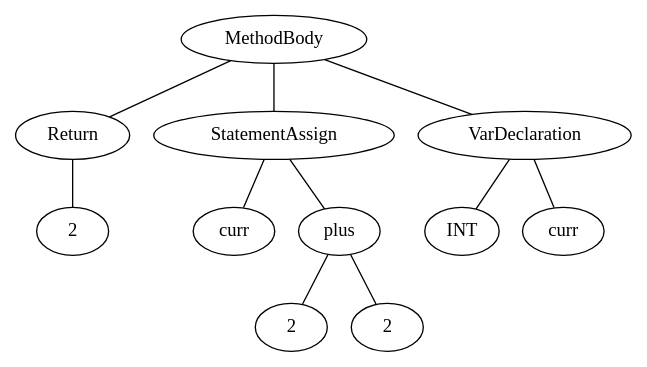
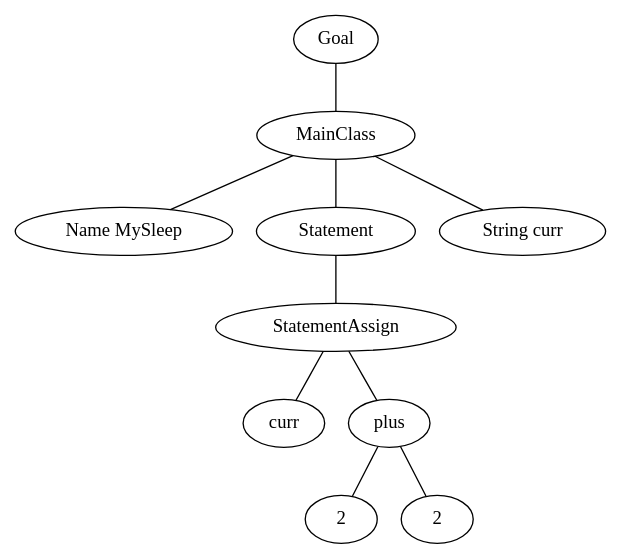
One commit to celidos/JavaCompiler changed the diagram in output/graphviz_output.dot. Above: the diagram before and after it, drawn with Graphviz. The commit also changed 14 other files, not shown here.

```diff
--- a/output/graphviz_output.dot
+++ b/output/graphviz_output.dot
@@ -1,23 +1,21 @@
 graph my_graph {
-s2_9253472	[ label = 2];
-s2_9253536	[ label = 2];
-s2_9253808	[ label = 2];
-sINT_9253328	[ label = INT];
-sMethodBody_9253872	[ label = MethodBody];
-sReturn_9253872	[ label = Return];
-sStatementAssign_9253712	[ label = StatementAssign];
-sVarDeclaration_9253376	[ label = VarDeclaration];
-scurr_9253376	[ label = curr];
-scurr_9253712	[ label = curr];
-splus_9253600	[ label = plus];
-	sMethodBody_9253872 -- sVarDeclaration_9253376;
-	sMethodBody_9253872 -- sStatementAssign_9253712;
-	sMethodBody_9253872 -- sReturn_9253872;
-	sReturn_9253872 -- s2_9253808;
-	sStatementAssign_9253712 -- scurr_9253712;
-	sStatementAssign_9253712 -- splus_9253600;
-	sVarDeclaration_9253376 -- sINT_9253328;
-	sVarDeclaration_9253376 -- scurr_9253376;
-	splus_9253600 -- s2_9253472;
-	splus_9253600 -- s2_9253536;
+s2_29675984	[ label = "2"];
+s2_29676048	[ label = "2"];
+sGoal_29676448	[ label = "Goal"];
+sMainClass_29676320	[ label = "MainClass"];
+sName__MySleep_29676320	[ label = "Name MySleep"];
+sStatementAssign_29676224	[ label = "StatementAssign"];
+sStatement_29676320	[ label = "Statement"];
+sString__curr_29676320	[ label = "String curr"];
+scurr_29676224	[ label = "curr"];
+splus_29676112	[ label = "plus"];
+	sGoal_29676448 -- sMainClass_29676320;
+	sMainClass_29676320 -- sName__MySleep_29676320;
+	sMainClass_29676320 -- sString__curr_29676320;
+	sMainClass_29676320 -- sStatement_29676320;
+	sStatementAssign_29676224 -- scurr_29676224;
+	sStatementAssign_29676224 -- splus_29676112;
+	sStatement_29676320 -- sStatementAssign_29676224;
+	splus_29676112 -- s2_29675984;
+	splus_29676112 -- s2_29676048;
 }
```
